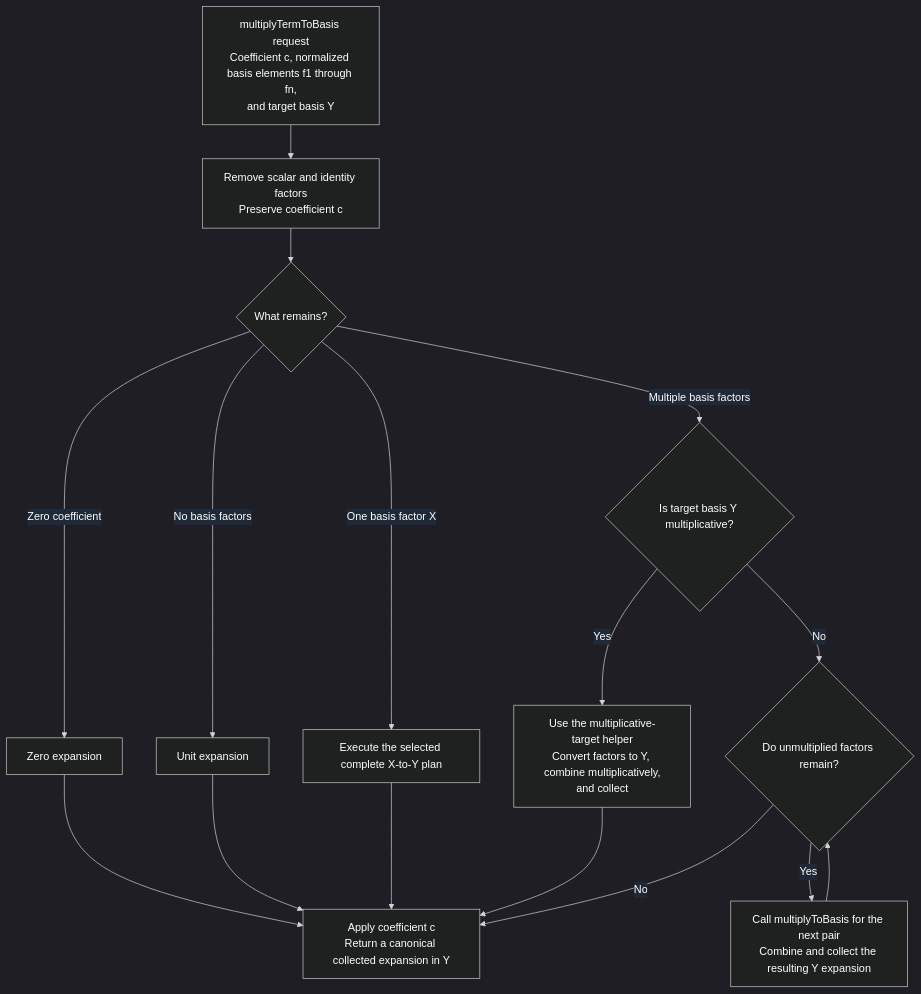
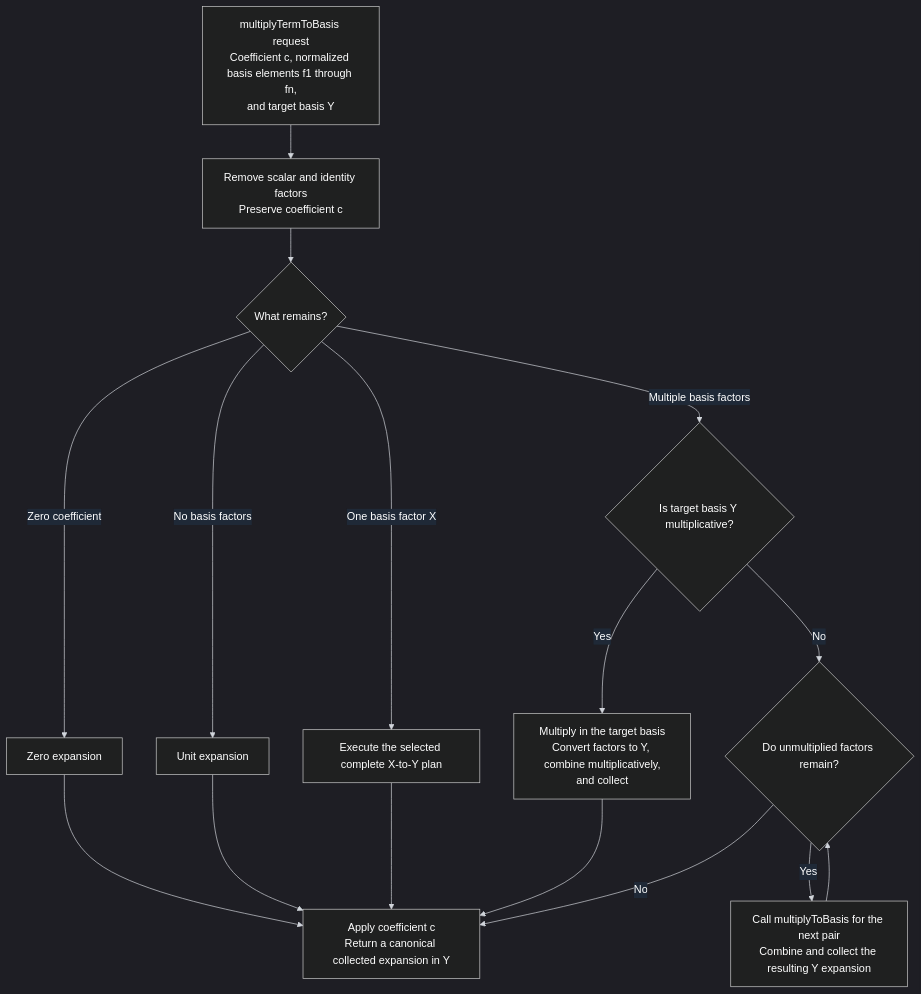
Before and after one commit to j-graf/M2: the second of 4 diagrams in M2/Macaulay2/e/symmetric-rings/TODO-pipelines.md, drawn with Mermaid. The commit also changed other lines of this file and 28 other files, not shown here.

````diff
--- a/M2/Macaulay2/e/symmetric-rings/TODO-pipelines.md
+++ b/M2/Macaulay2/e/symmetric-rings/TODO-pipelines.md
@@ -971,31 +996,31 @@
 ```mermaid
 %%{init: {"theme": "dark", "themeVariables": {"background": "#111827", "primaryColor": "#1f2937", "primaryTextColor": "#ffffff", "primaryBorderColor": "#9ca3af", "secondaryColor": "#1f2937", "secondaryTextColor": "#ffffff", "tertiaryColor": "#1f2937", "tertiaryTextColor": "#ffffff", "lineColor": "#d1d5db", "textColor": "#ffffff", "nodeTextColor": "#ffffff", "edgeLabelBackground": "#1f2937"}}}%%
 flowchart TD
     A["multiplyTermToBasis request<br/>Coefficient c, normalized basis elements f1 through fn,<br/>and target basis Y"]
 
     A --> B["Remove scalar and identity factors<br/>Preserve coefficient c"]
 
     B --> C{"What remains?"}
 
     C -->|"Zero coefficient"| Z["Zero expansion"]
 
     C -->|"No basis factors"| S["Unit expansion"]
 
     C -->|"One basis factor X"| O["Execute the selected complete X-to-Y plan"]
 
     C -->|"Multiple basis factors"| D{"Is target basis Y multiplicative?"}
 
-    D -->|"Yes"| E["Use the multiplicative-target helper<br/>Convert factors to Y, combine multiplicatively,<br/>and collect"]
+    D -->|"Yes"| E["Multiply in the target basis<br/>Convert factors to Y, combine multiplicatively,<br/>and collect"]
 
     D -->|"No"| H{"Do unmultiplied factors remain?"}
 
     H -->|"Yes"| I["Call multiplyToBasis for the next pair<br/>Combine and collect the resulting Y expansion"]
 
     I --> H
 
     Z --> R["Apply coefficient c<br/>Return a canonical collected expansion in Y"]
     S --> R
     O --> R
     E --> R
     H -->|"No"| R
 ```
````
